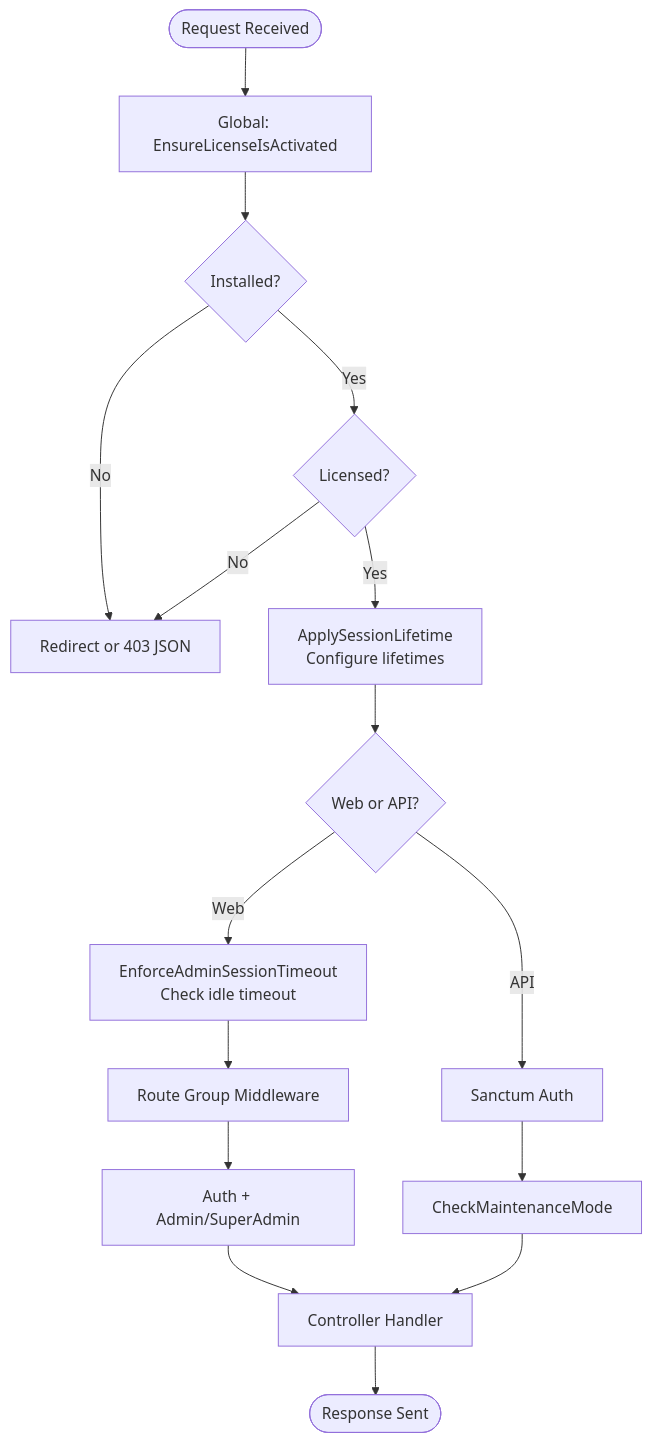
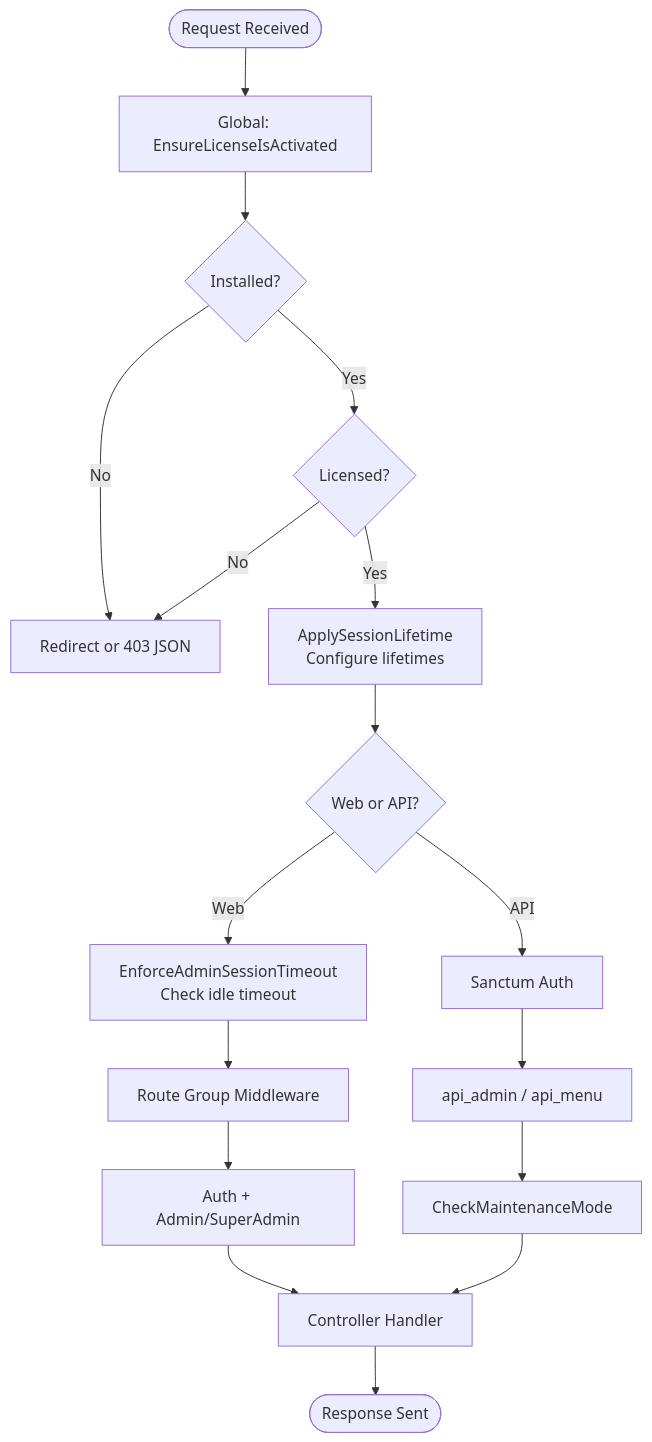
One commit to mahbub095/bus-app changed the third of 16 diagrams in .qoder/repowiki/en/content/System Architecture/Backend Architecture/Middleware Pipeline.md. Above: the diagram before and after it, drawn with Mermaid. The commit also changed other lines of this file and 460 other files, not shown here.

````diff
--- a/.qoder/repowiki/en/content/System Architecture/Backend Architecture/Middleware Pipeline.md
+++ b/.qoder/repowiki/en/content/System Architecture/Backend Architecture/Middleware Pipeline.md
@@ -148,18 +156,19 @@
 ```mermaid
 flowchart TD
 Start(["Request Received"]) --> Global["Global: EnsureLicenseIsActivated"]
 Global --> InstallCheck{"Installed?"}
 InstallCheck --> |No| RedirectInstall["Redirect or 403 JSON"]
 InstallCheck --> |Yes| LicenseCheck{"Licensed?"}
 LicenseCheck --> |No| RedirectInstall
 LicenseCheck --> |Yes| SessionConfig["ApplySessionLifetime<br/>Configure lifetimes"]
 SessionConfig --> WebOrApi{"Web or API?"}
 WebOrApi --> |Web| TimeoutCheck["EnforceAdminSessionTimeout<br/>Check idle timeout"]
 WebOrApi --> |API| SanctumMW["Sanctum Auth"]
 TimeoutCheck --> RouteGroup["Route Group Middleware"]
-SanctumMW --> MaintenanceMW["CheckMaintenanceMode"]
+SanctumMW --> ApiAuth["api_admin / api_menu"]
+ApiAuth --> MaintenanceMW["CheckMaintenanceMode"]
 RouteGroup --> AuthMiddleware["Auth + Admin/SuperAdmin"]
 AuthMiddleware --> Controller["Controller Handler"]
 MaintenanceMW --> Controller
 Controller --> End(["Response Sent"])
 ```
````
